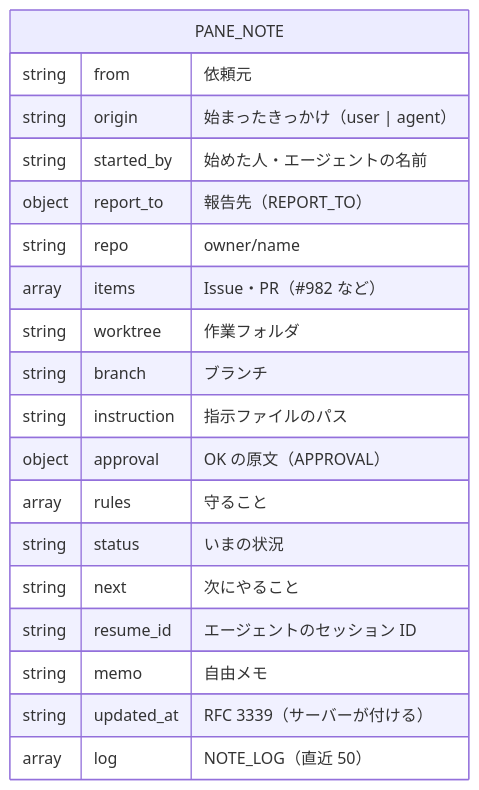
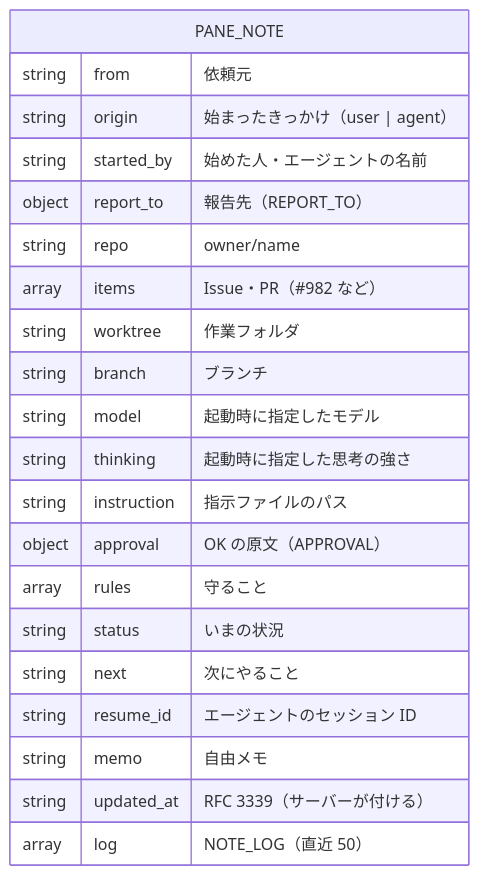
The third of 5 diagrams in docs/architecture/er.md (ousiassllc/swarm-console), drawn with Mermaid before and after one commit. The commit also changed other lines of this file and 12 other files, not shown here.

First line of the commit message:
docs: 起動時の model と thinking を API 仕様・要件・設計判断（P-115〜P-121）に反映する

````diff
--- a/docs/architecture/er.md
+++ b/docs/architecture/er.md
@@ -124,22 +124,24 @@
 ```mermaid
 erDiagram
     PANE_NOTE {
         string from "依頼元"
         string origin "始まったきっかけ（user | agent）"
         string started_by "始めた人・エージェントの名前"
         object report_to "報告先（REPORT_TO）"
         string repo "owner/name"
         array items "Issue・PR（#982 など）"
         string worktree "作業フォルダ"
         string branch "ブランチ"
+        string model "起動時に指定したモデル"
+        string thinking "起動時に指定した思考の強さ"
         string instruction "指示ファイルのパス"
         object approval "OK の原文（APPROVAL）"
         array rules "守ること"
         string status "いまの状況"
         string next "次にやること"
         string resume_id "エージェントのセッション ID"
         string memo "自由メモ"
         string updated_at "RFC 3339（サーバーが付ける）"
         array log "NOTE_LOG（直近 50）"
     }
 ```
````
